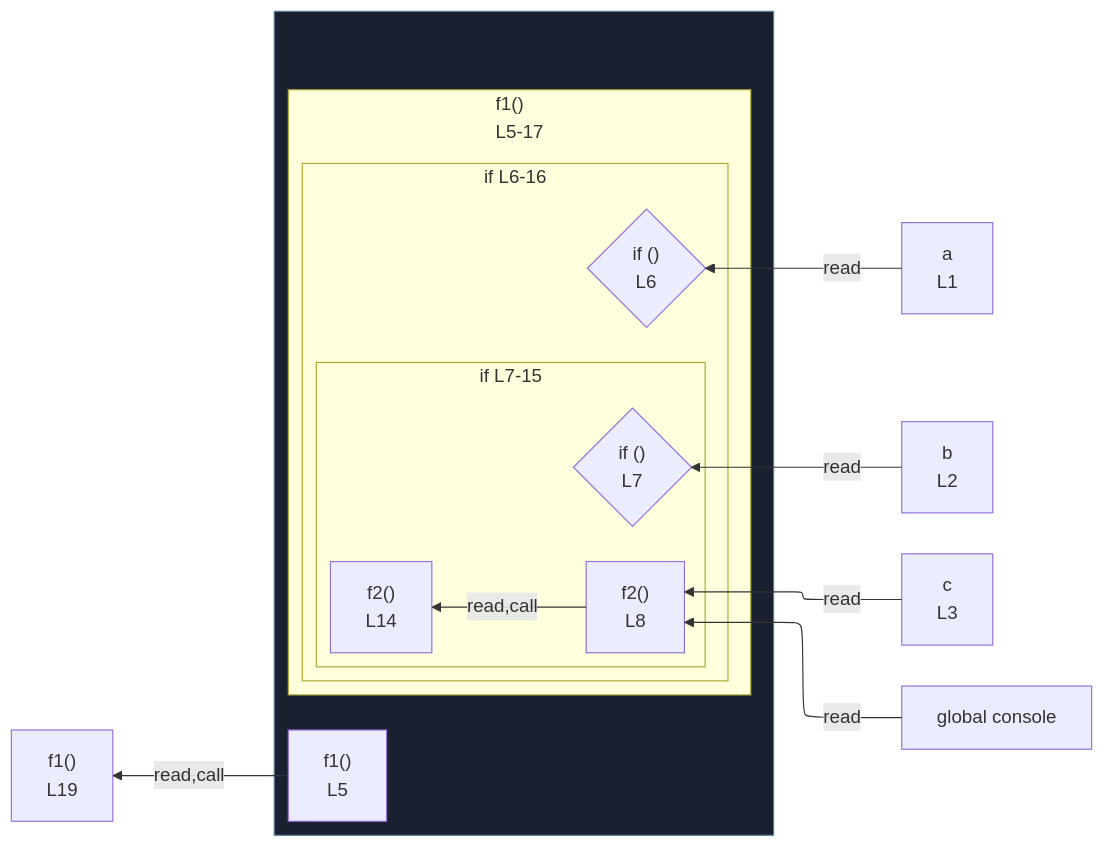
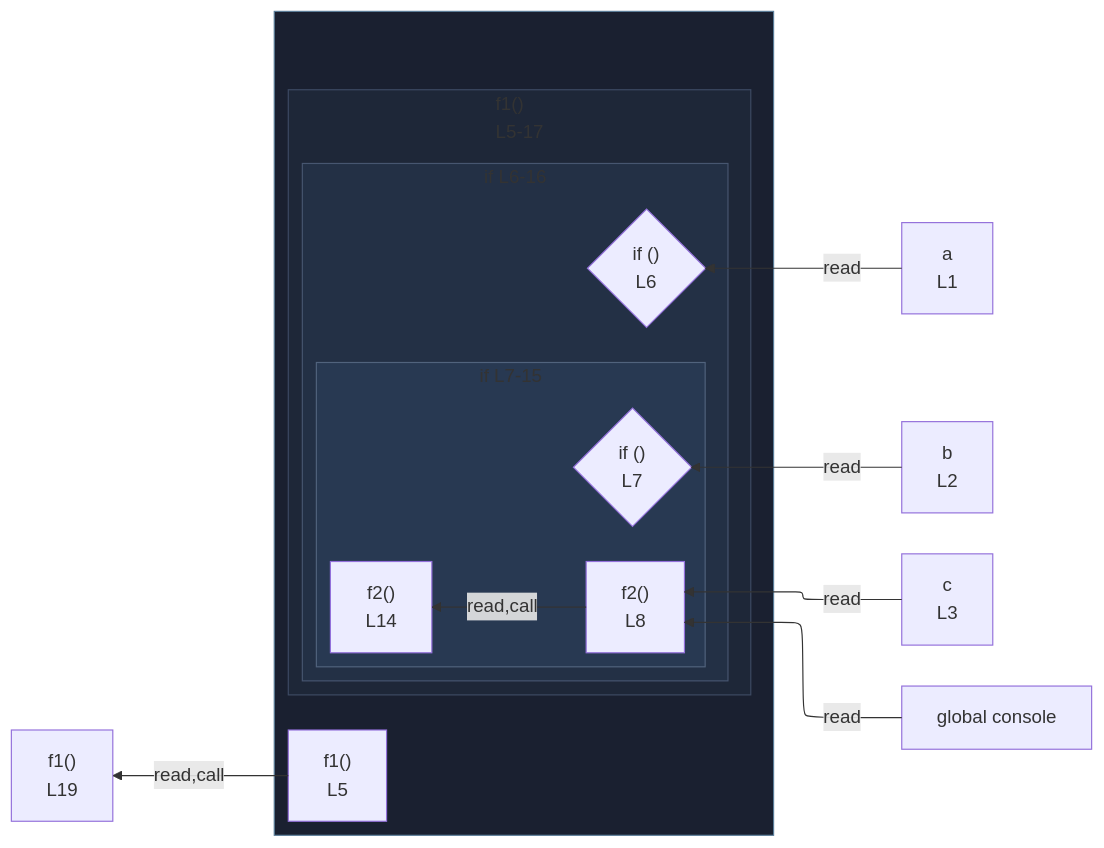
One commit to crescware/unsnarl changed the diagram in integration/fixtures/app-behavior/depth/function-and-block/depth-fn1-block10/preview.md. Above: the diagram before and after it, drawn with Mermaid. The commit also changed 249 other files, not shown here.

First line of the commit message:
Color Mermaid subgraphs by nesting depth via theme palette

````diff
--- a/integration/fixtures/app-behavior/depth/function-and-block/depth-fn1-block10/preview.md
+++ b/integration/fixtures/app-behavior/depth/function-and-block/depth-fn1-block10/preview.md
@@ -35,34 +35,40 @@
 ```mermaid
 %%{init: {"flowchart": {"defaultRenderer": "elk"}}}%%
 flowchart RL
   n_scope_0_a_6["a<br/>L1"]
   n_scope_0_b_22["b<br/>L2"]
   n_scope_0_c_38["c<br/>L3"]
   n_scope_0_console_161["global console"]
   subgraph wrap_s_scope_1[" "]
     direction TB
     n_scope_0_f1_58["f1()<br/>L5"]
     subgraph s_scope_1["f1()<br/>L5-17"]
       direction RL
       subgraph s_scope_2["if L6-16"]
         direction RL
         if_test_scope_1_67{"if ()<br/>L6"}
         subgraph s_scope_3["if L7-15"]
           direction RL
           if_test_scope_2_80{"if ()<br/>L7"}
           n_scope_3_f2_104["f2()<br/>L8"]
           expr_stmt_201["f2()<br/>L14"]
         end
       end
     end
   end
   n_scope_0_a_6 -->|read| if_test_scope_1_67
   n_scope_0_b_22 -->|read| if_test_scope_2_80
   n_scope_0_c_38 -->|read| n_scope_3_f2_104
   n_scope_0_console_161 -->|read| n_scope_3_f2_104
   n_scope_3_f2_104 -->|read,call| expr_stmt_201
   n_scope_0_f1_58 -->|read,call| expr_stmt_220
   expr_stmt_220["f1()<br/>L19"]
   classDef fnWrap fill:#1a2030,stroke:#5a7d99;
   class wrap_s_scope_1 fnWrap;
+  classDef nestL1 fill:#1e2738,stroke:#3d4a63;
+  class s_scope_1 nestL1;
+  classDef nestL2 fill:#233045,stroke:#475670;
+  class s_scope_2 nestL2;
+  classDef nestL3 fill:#283952,stroke:#51637d;
+  class s_scope_3 nestL3;
 ```
````
